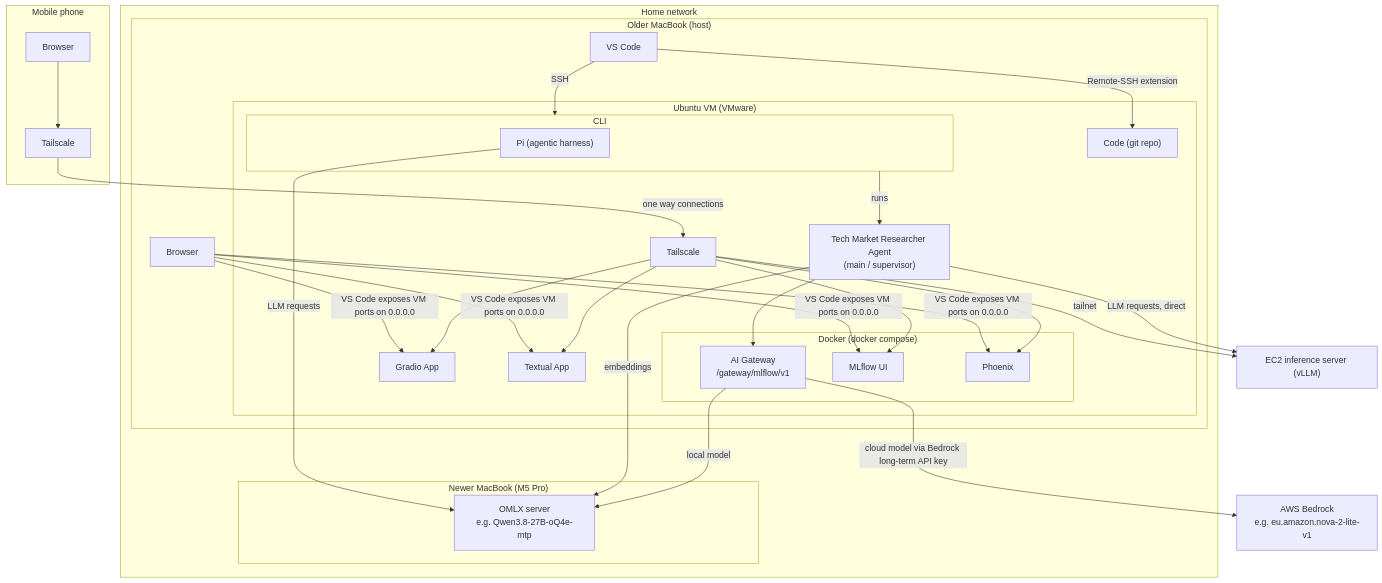
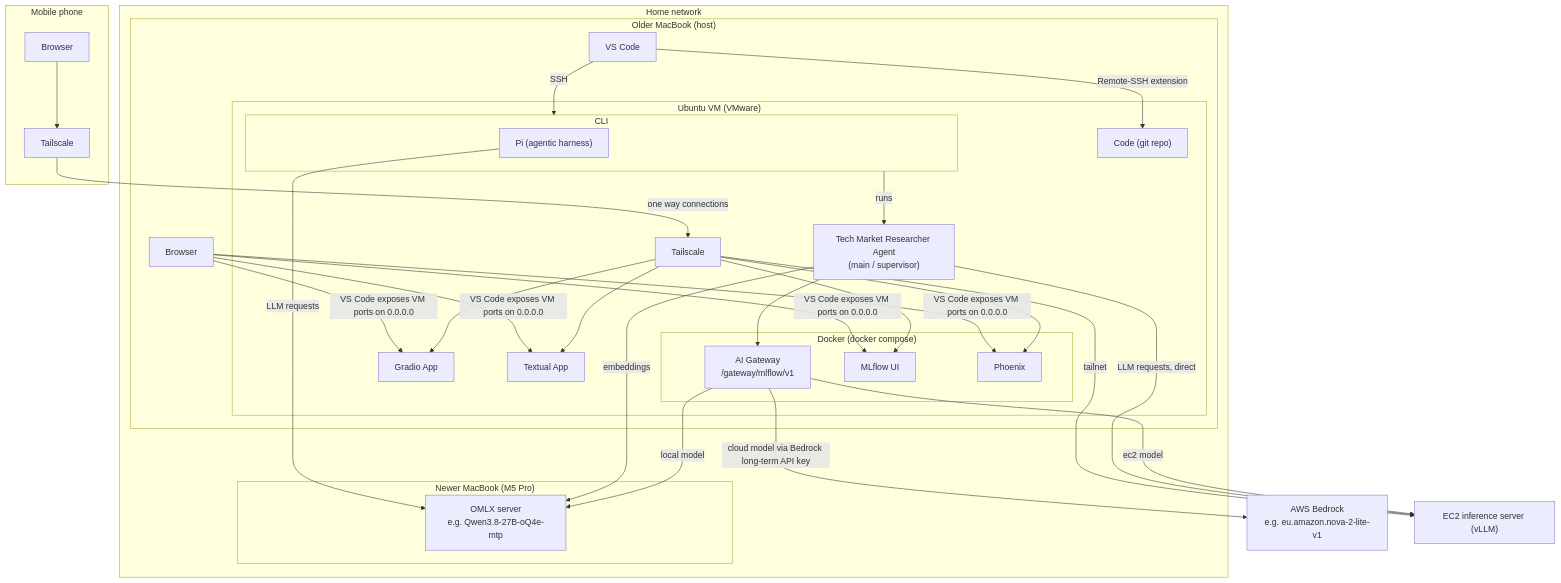
The fifth of 5 diagrams in documentation/design.md (codiply/tech-market-researcher), drawn with Mermaid before and after one commit. The commit also changed other lines of this file and 12 other files, not shown here.

````diff
--- a/documentation/design.md
+++ b/documentation/design.md
@@ -288,54 +289,55 @@
 ```mermaid
 flowchart TB
     subgraph home["Home network"]
         subgraph mac["Newer MacBook (M5 Pro)"]
             omix["OMLX server<br/>e.g. Qwen3.8-27B-oQ4e-mtp"]
         end
         subgraph laptop["Older MacBook (host)"]
             vscode["VS Code"]
             browser["Browser"]
             subgraph vm["Ubuntu VM (VMware)"]
                 code["Code (git repo)"]
                 subgraph docker["Docker (docker compose)"]
                     gateway["AI Gateway<br/>/gateway/mlflow/v1"]
                     mlflow_ui["MLflow UI"]
                     phoenix_server["Phoenix"]
                 end
                 main["Tech Market Researcher Agent<br/>(main / supervisor)"]
                 webui["Gradio App"]
                 textual_app["Textual App"]
                 subgraph cli["CLI"]
                     pi["Pi (agentic harness)"]
                 end
                 ts_vm["Tailscale"]
             end
         end
     end
     aws["AWS Bedrock<br/>e.g. eu.amazon.nova-2-lite-v1"]
     ec2["EC2 inference server (vLLM)"]
     subgraph phone["Mobile phone"]
         browser_ph["Browser"]
         ts_ph["Tailscale"]
     end
 
     vscode -->|SSH| cli
     vscode -->|Remote-SSH extension| code
     browser -->|VS Code exposes VM ports on 0.0.0.0| mlflow_ui
     browser -->|VS Code exposes VM ports on 0.0.0.0| phoenix_server
     browser -->|VS Code exposes VM ports on 0.0.0.0| webui
     browser -->|VS Code exposes VM ports on 0.0.0.0| textual_app
     ts_ph -->|"one way connections"| ts_vm
     browser_ph --> ts_ph
     ts_vm --> mlflow_ui
     ts_vm --> phoenix_server
     ts_vm --> webui
     ts_vm --> textual_app
     ts_vm -->|tailnet| ec2
     pi -->|LLM requests| omix
     cli -->|runs| main
     main --> gateway
     main -->|LLM requests, direct| ec2
     main -->|embeddings| omix
     gateway -->|local model| omix
     gateway -->|cloud model via Bedrock long-term API key| aws
+    gateway -->|ec2 model| ec2
 ```
````
